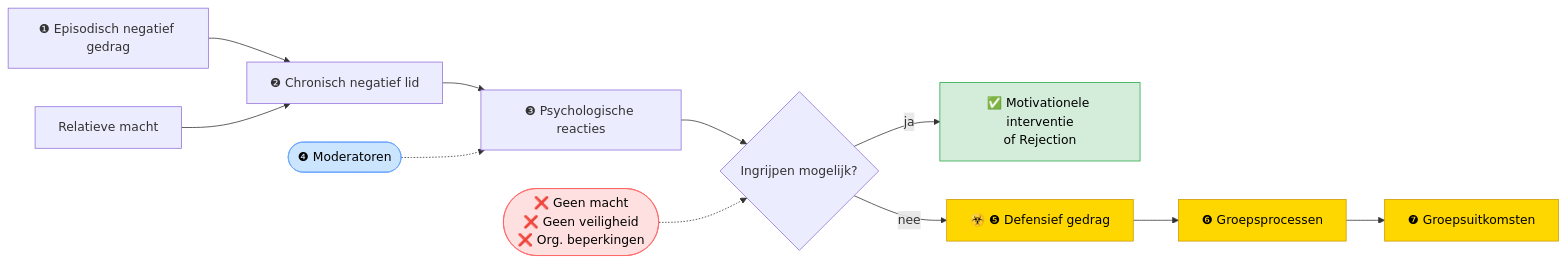
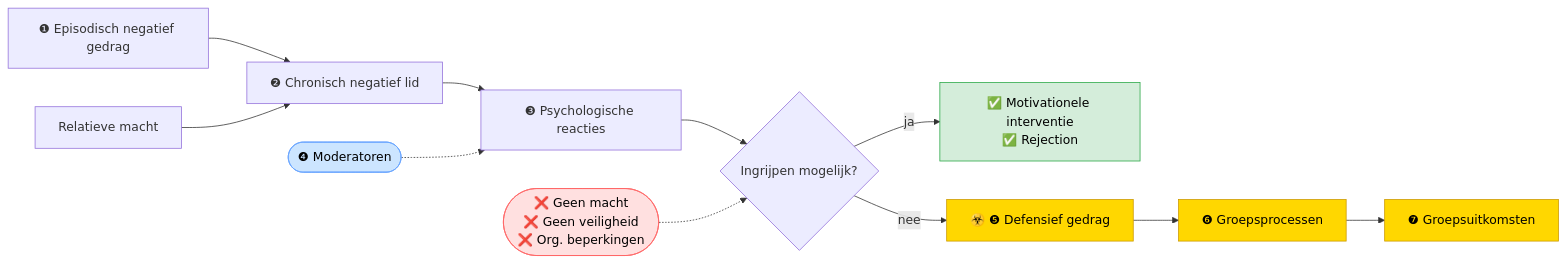
The diagram in articles/felps-mitchell-byington-how-when-why-bad-apples-2006.md (johantre/ai-value-flow-lab), drawn with Mermaid before and after one commit. The commit also changed other lines of this file, not shown here.

````diff
--- a/articles/felps-mitchell-byington-how-when-why-bad-apples-2006.md
+++ b/articles/felps-mitchell-byington-how-when-why-bad-apples-2006.md
@@ -71,19 +71,19 @@
 ```mermaid
 graph LR
     A[❶ Episodisch negatief gedrag] --> B[❷ Chronisch negatief lid]
     B --> C[❸ Psychologische reacties]
     C --> DEC{Ingrijpen mogelijk?}
-    DEC -->|ja| INT["✅ Motivationele interventie<br/>of Rejection"]
+    DEC -->|ja| INT["✅ Motivationele interventie<br/>✅ Rejection"]
     DEC -->|nee| D["☣️ ❺ Defensief gedrag"]
     D --> E[❻ Groepsprocessen]
     E --> F[❼ Groepsuitkomsten]
     BARR(["❌ Geen macht<br/>❌ Geen veiligheid<br/>❌ Org. beperkingen"]) -.-> DEC
     G([❹ Moderatoren]) -.-> C
     H[Relatieve macht] --> B
     style G fill:#cce5ff,stroke:#66a3ff,color:#000
     style BARR fill:#ffe0e0,stroke:#ff6666,color:#000
     style INT fill:#d4edda,stroke:#28a745,color:#000
     style D fill:#ffd700,stroke:#cc9900,color:#000
     style E fill:#ffd700,stroke:#cc9900,color:#000
     style F fill:#ffd700,stroke:#cc9900,color:#000
 ```
````
